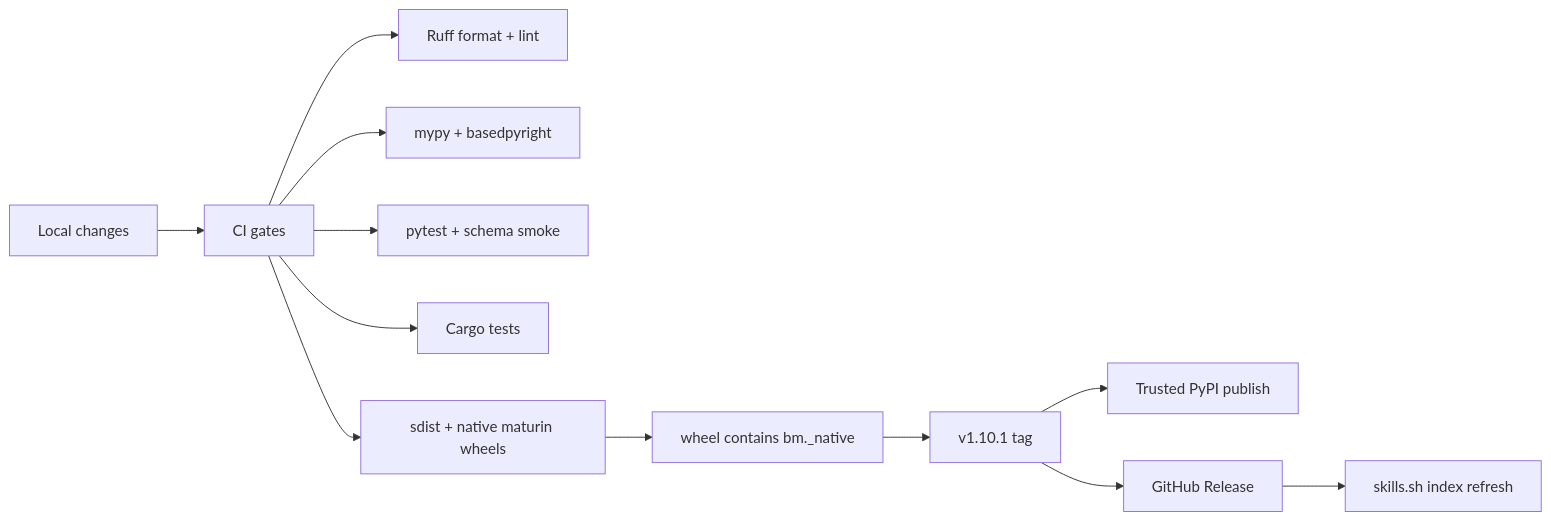
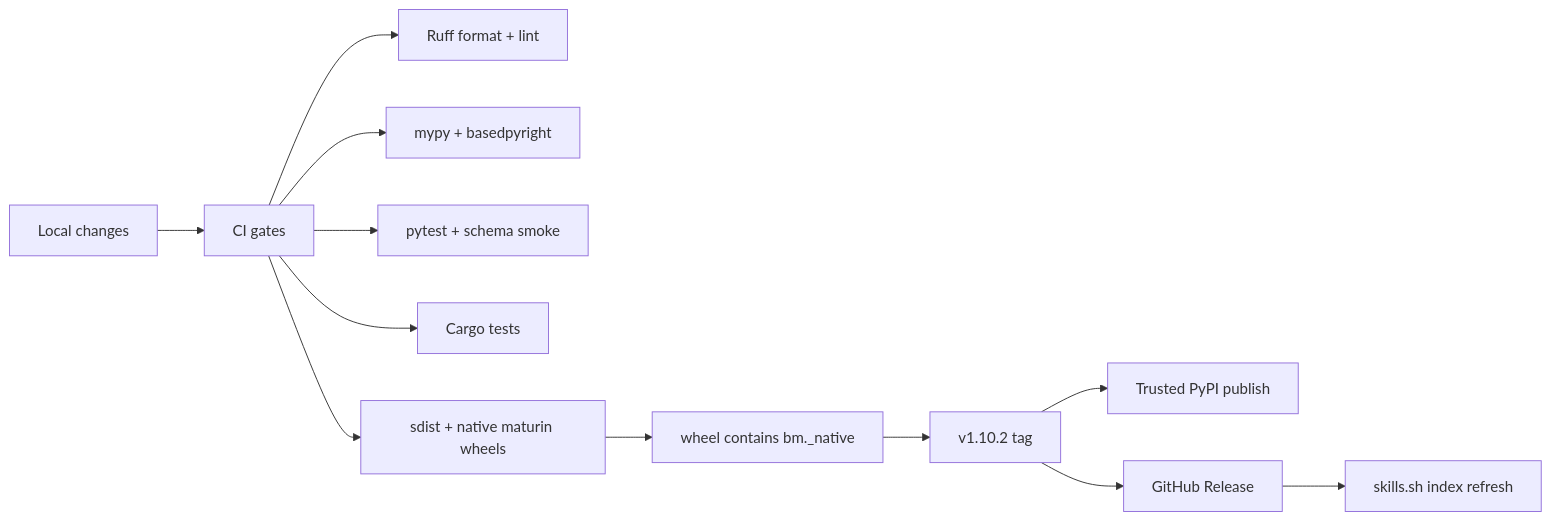
The first of 3 diagrams in docs/RELEASE_HARDENING.md (Benmore-Studio/Benmore-Meridian), drawn with Mermaid before and after one commit. The commit also changed other lines of this file and 11 other files, not shown here.

````diff
--- a/docs/RELEASE_HARDENING.md
+++ b/docs/RELEASE_HARDENING.md
@@ -17,14 +17,14 @@
 ```mermaid
 flowchart LR
     dev[Local changes] --> ci[CI gates]
     ci --> lint[Ruff format + lint]
     ci --> types[mypy + basedpyright]
     ci --> tests[pytest + schema smoke]
     ci --> rust[Cargo tests]
     ci --> build[sdist + native maturin wheels]
     build --> verify[wheel contains bm._native]
-    verify --> tag[v1.10.1 tag]
+    verify --> tag[v1.10.2 tag]
     tag --> pypi[Trusted PyPI publish]
     tag --> gh[GitHub Release]
     gh --> skills[skills.sh index refresh]
 ```
````
